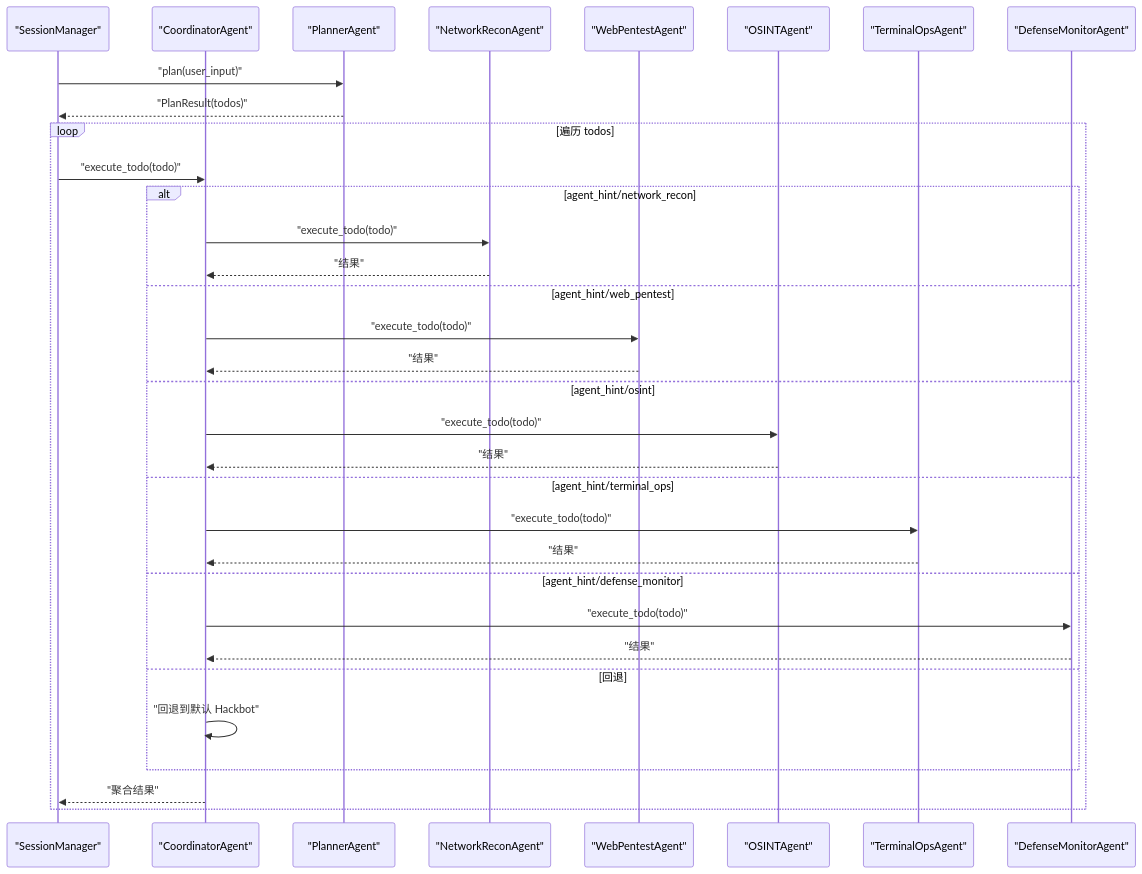
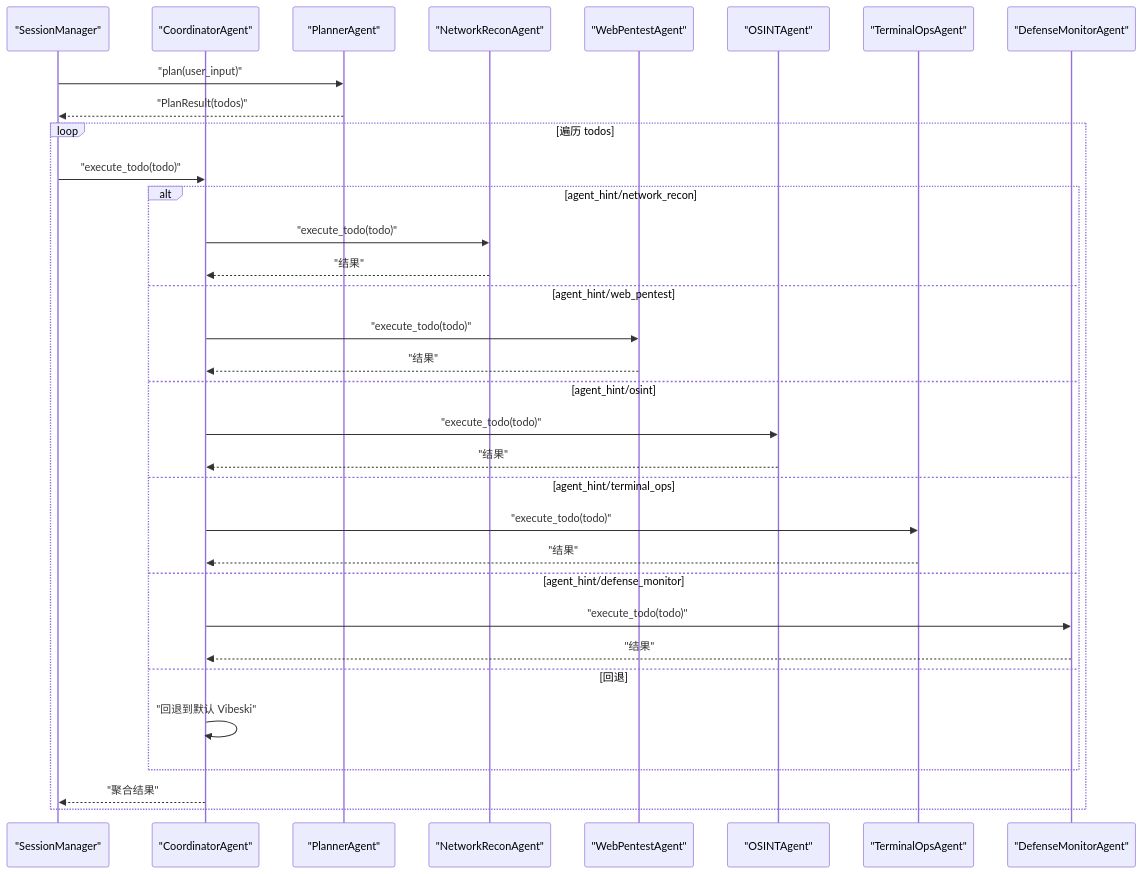
Before and after one commit to crabin/VIBESKI: the fifth of 9 diagrams in .qoder/repowiki/zh/content/智能体系统/智能体基础架构.md, drawn with Mermaid. The commit also changed other lines of this file and 170 other files, not shown here.

Commit message:
chore: rename all secbot/hackbot identifiers to vibeski

````diff
--- a/.qoder/repowiki/zh/content/智能体系统/智能体基础架构.md
+++ b/.qoder/repowiki/zh/content/智能体系统/智能体基础架构.md
@@ -238,35 +238,35 @@
 ```mermaid
 sequenceDiagram
 participant S as "SessionManager"
 participant C as "CoordinatorAgent"
 participant P as "PlannerAgent"
 participant N as "NetworkReconAgent"
 participant W as "WebPentestAgent"
 participant O as "OSINTAgent"
 participant T as "TerminalOpsAgent"
 participant D as "DefenseMonitorAgent"
 S->>P : "plan(user_input)"
 P-->>S : "PlanResult(todos)"
 loop 遍历 todos
 S->>C : "execute_todo(todo)"
 alt agent_hint/network_recon
 C->>N : "execute_todo(todo)"
 N-->>C : "结果"
 else agent_hint/web_pentest
 C->>W : "execute_todo(todo)"
 W-->>C : "结果"
 else agent_hint/osint
 C->>O : "execute_todo(todo)"
 O-->>C : "结果"
 else agent_hint/terminal_ops
 C->>T : "execute_todo(todo)"
 T-->>C : "结果"
 else agent_hint/defense_monitor
 C->>D : "execute_todo(todo)"
 D-->>C : "结果"
 else 回退
-C->>C : "回退到默认 Hackbot"
+C->>C : "回退到默认 Vibeski"
 end
 C-->>S : "聚合结果"
 end
 ```
````
